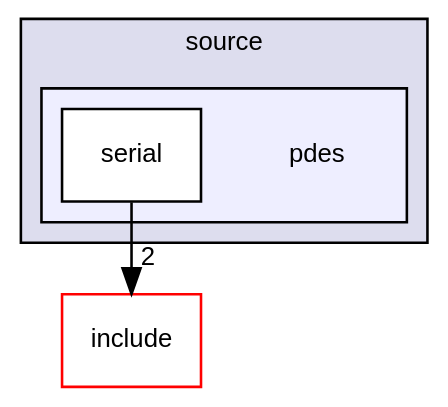
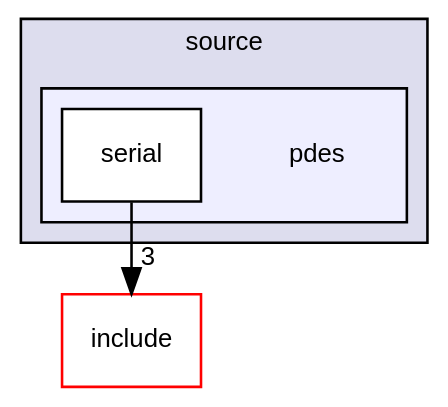
Before and after one commit to luca-heltai/fsi-suite: the diagram in dir_863924b7d266e6f7561da03323982265_dep.dot, drawn with Graphviz. The commit also changed 609 other files, not shown here.

```diff
--- a/dir_863924b7d266e6f7561da03323982265_dep.dot
+++ b/dir_863924b7d266e6f7561da03323982265_dep.dot
@@ -1,16 +1,16 @@
 digraph "source/pdes" {
   bgcolor=transparent;
   compound=true
   node [ fontsize="10", fontname="Helvetica"];
   edge [ labelfontsize="10", labelfontname="Helvetica"];
   subgraph clusterdir_b2f33c71d4aa5e7af42a1ca61ff5af1b {
     graph [ bgcolor="#ddddee", pencolor="black", label="source" fontname="Helvetica", fontsize="10", URL="dir_b2f33c71d4aa5e7af42a1ca61ff5af1b.html"]
   subgraph clusterdir_863924b7d266e6f7561da03323982265 {
     graph [ bgcolor="#eeeeff", pencolor="black", label="" URL="dir_863924b7d266e6f7561da03323982265.html"];
     dir_863924b7d266e6f7561da03323982265 [shape=plaintext label="pdes"];
     dir_50f223c273824013943d646bc691d39f [shape=box label="serial" color="black" fillcolor="white" style="filled" URL="dir_50f223c273824013943d646bc691d39f.html"];
   }
   }
   dir_d44c64559bbebec7f509842c48db8b23 [shape=box label="include" color="red" URL="dir_d44c64559bbebec7f509842c48db8b23.html"];
-  dir_50f223c273824013943d646bc691d39f->dir_d44c64559bbebec7f509842c48db8b23 [headlabel="2", labeldistance=1.5 headhref="dir_000010_000002.html"];
+  dir_50f223c273824013943d646bc691d39f->dir_d44c64559bbebec7f509842c48db8b23 [headlabel="3", labeldistance=1.5 headhref="dir_000010_000002.html"];
 }
```
